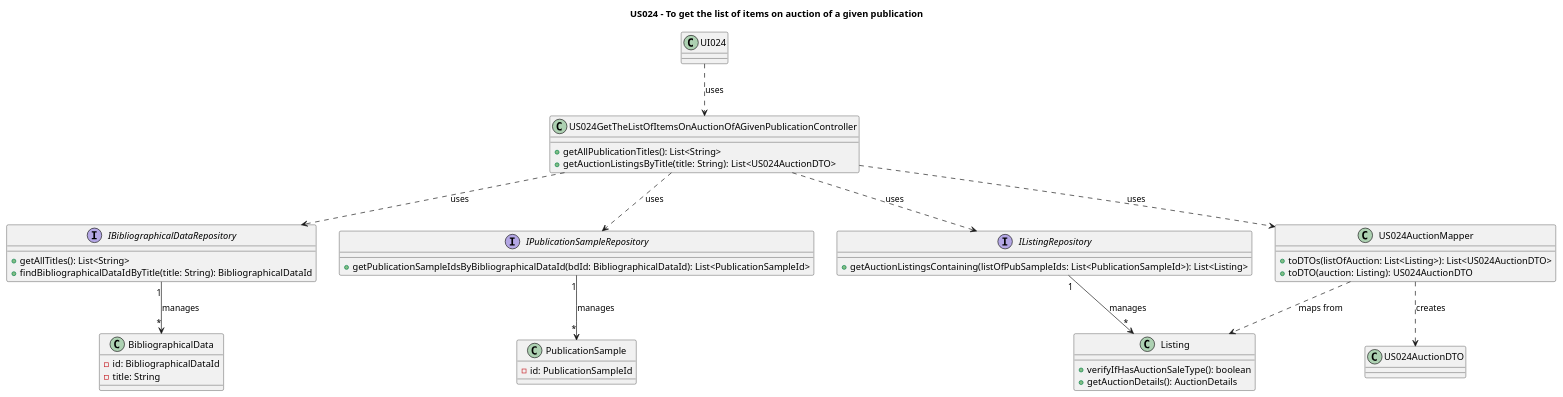
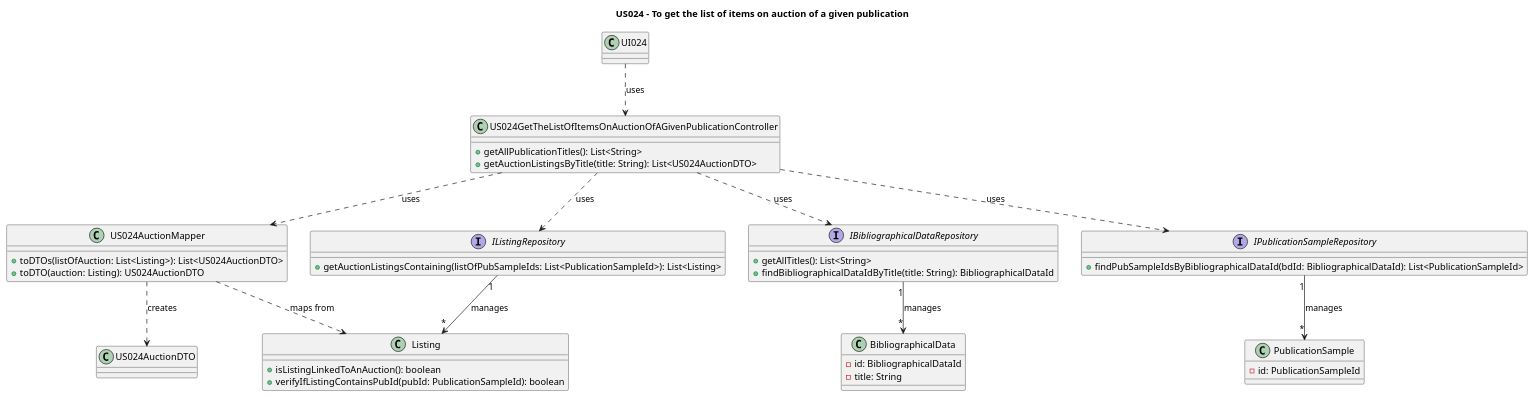
The diagram in Diagrams/ClassDiagrams/US024-to-get-the-list-of-items-on-auction-of-a-given-publication.puml (AndrePereiraGitH/SWitCH-Project-Team_A), drawn with PlantUML before and after one commit. The commit also changed 5 other files, not shown here.

Commit message:
docs #487 (US024): fixes Listing domain method names and add missing verifyIfListingContainsPubId and split main SD into N2 sub-diagrams

```diff
--- a/Diagrams/ClassDiagrams/US024-to-get-the-list-of-items-on-auction-of-a-given-publication.puml
+++ b/Diagrams/ClassDiagrams/US024-to-get-the-list-of-items-on-auction-of-a-given-publication.puml
@@ -1,69 +1,67 @@
 @startuml
 
 title US024 - To get the list of items on auction of a given publication
 
-' UI Layer
+' ── UI Layer ───────────────────────────────────────────────
 class UI024 {
 }
 
-' Controller
+' ── Application Layer ──────────────────────────────────────
 class US024GetTheListOfItemsOnAuctionOfAGivenPublicationController {
   +getAllPublicationTitles(): List<String>
   +getAuctionListingsByTitle(title: String): List<US024AuctionDTO>
 }
 
-' Repositories
+class US024AuctionMapper {
+  +toDTOs(listOfAuction: List<Listing>): List<US024AuctionDTO>
+  +toDTO(auction: Listing): US024AuctionDTO
+}
+
+class US024AuctionDTO {
+}
+
+' ── Domain Layer ───────────────────────────────────────────
 interface IBibliographicalDataRepository {
   +getAllTitles(): List<String>
   +findBibliographicalDataIdByTitle(title: String): BibliographicalDataId
 }
 
 interface IPublicationSampleRepository {
-  +getPublicationSampleIdsByBibliographicalDataId(bdId: BibliographicalDataId): List<PublicationSampleId>
+  +findPubSampleIdsByBibliographicalDataId(bdId: BibliographicalDataId): List<PublicationSampleId>
 }
 
 interface IListingRepository {
   +getAuctionListingsContaining(listOfPubSampleIds: List<PublicationSampleId>): List<Listing>
 }
 
-' Domain
 class BibliographicalData {
   -id: BibliographicalDataId
   -title: String
 }
 
 class PublicationSample {
   -id: PublicationSampleId
 }
 
 class Listing {
-  +verifyIfHasAuctionSaleType(): boolean
-  +getAuctionDetails(): AuctionDetails
+  +isListingLinkedToAnAuction(): boolean
+  +verifyIfListingContainsPubId(pubId: PublicationSampleId): boolean
 }
 
-' Mapper
-class US024AuctionMapper {
-  +toDTOs(listOfAuction: List<Listing>): List<US024AuctionDTO>
-  +toDTO(auction: Listing): US024AuctionDTO
-}
+' ── Relationships ──────────────────────────────────────────
 
-' DTO
-class US024AuctionDTO {
-}
-
-' Relationships
 UI024 ..> US024GetTheListOfItemsOnAuctionOfAGivenPublicationController : uses
 
 US024GetTheListOfItemsOnAuctionOfAGivenPublicationController ..> IBibliographicalDataRepository : uses
 US024GetTheListOfItemsOnAuctionOfAGivenPublicationController ..> IPublicationSampleRepository : uses
 US024GetTheListOfItemsOnAuctionOfAGivenPublicationController ..> IListingRepository : uses
 US024GetTheListOfItemsOnAuctionOfAGivenPublicationController ..> US024AuctionMapper : uses
 
 IBibliographicalDataRepository "1" --> "*" BibliographicalData : manages
 IPublicationSampleRepository "1" --> "*" PublicationSample : manages
 IListingRepository "1" --> "*" Listing : manages
 
 US024AuctionMapper ..> Listing : maps from
 US024AuctionMapper ..> US024AuctionDTO : creates
 
 @enduml
```
